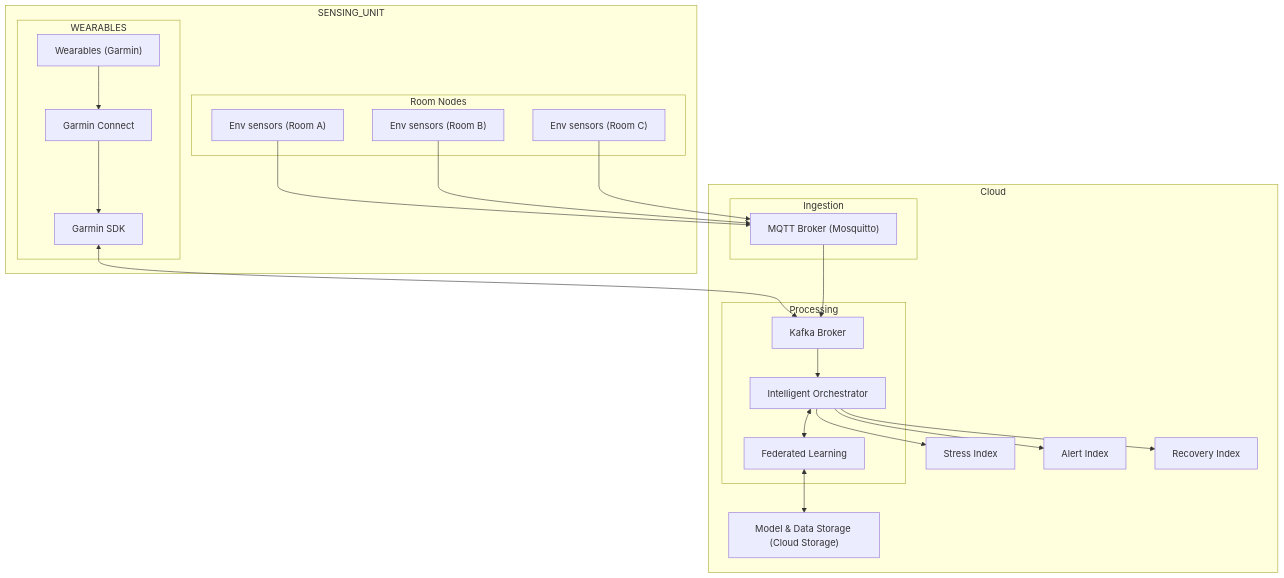
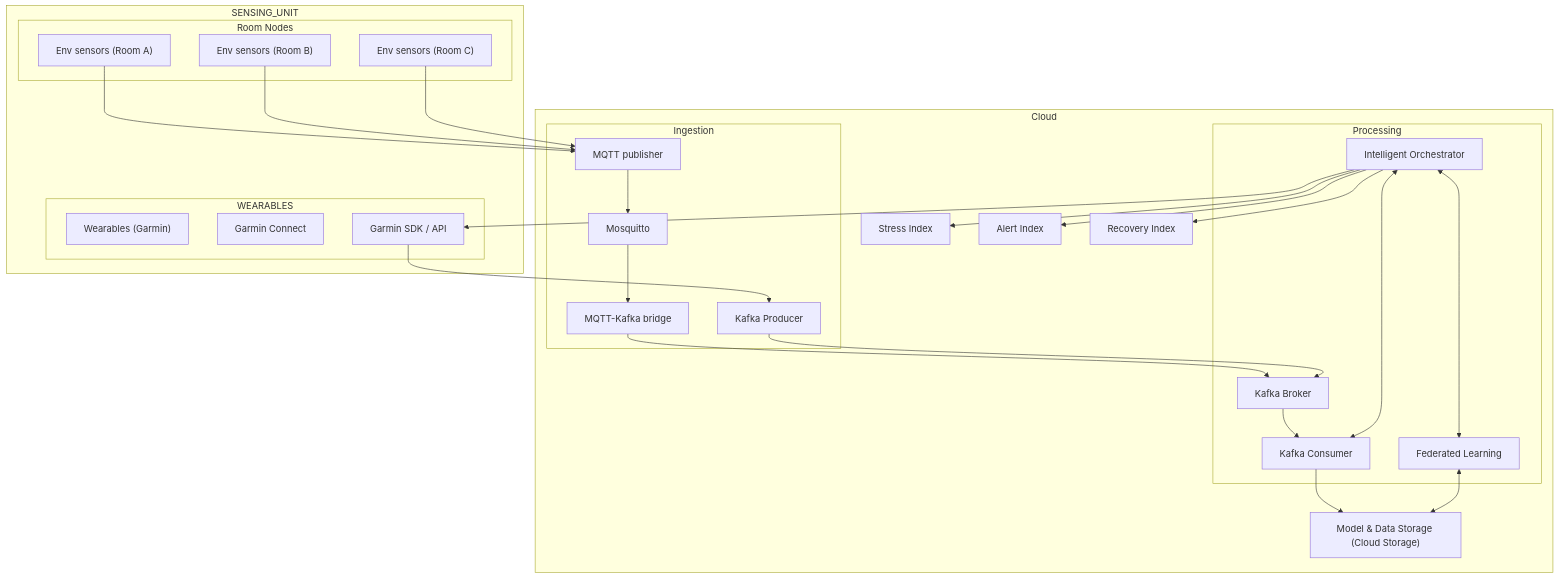
The diagram in docs/architecture.md (ClaudiaGalantino/eda-architecture), drawn with Mermaid before and after one commit.

Commit message:
Refactor architecture diagram: reorganize wearable components and clarify MQTT-Kafka bridge connections

````diff
--- a/docs/architecture.md
+++ b/docs/architecture.md
@@ -6,43 +6,61 @@
 ```mermaid
 flowchart TD
   subgraph SENSING_UNIT
+    subgraph WEARABLES
+          W["Wearables (Garmin)"]
+          APP["Garmin Connect"]
+          SDK["Garmin SDK / API"]
+      end
     subgraph ROOM_NODES [Room Nodes]
         S_A["Env sensors (Room A)"]
         S_B["Env sensors (Room B)"]
         S_C["Env sensors (Room C)"]
     end
-    subgraph WEARABLES
-        W["Wearables (Garmin)"]
-        APP["Garmin Connect"]
-        SDK["Garmin SDK"]
-    end
+    
   end
 
   subgraph CLOUD [Cloud]
     subgraph Ingestion
-        M["MQTT Broker (Mosquitto)"]
+		    M1["MQTT publisher"]
+        M["Mosquitto"]
+        M2[""MQTT-Kafka bridge]
+        PROD["Kafka Producer"]
     end
     subgraph Processing
+		    
         STREAM["Kafka Broker"]
+        CONSUMER["Kafka Consumer"]
         ORCH["Intelligent Orchestrator"]
         FL_COORD["Federated Learning"]
     end
     STORE["Model & Data Storage (Cloud Storage)"]
     IDX1["Stress Index"]
     IDX2["Alert Index"]
     IDX3["Recovery Index"]
   end
 
-    %% =====================
-    %% CONNECTIONS
-    %% =====================
-    S_A & S_B & S_C --> M
-    W --> APP --> SDK 
-  
-    SDK <--> STREAM
-    M --> STREAM
-    STREAM --> ORCH
-    ORCH --> IDX1 & IDX2 & IDX3
-    FL_COORD <--> STORE
-    ORCH <--> FL_COORD
+  %% =====================
+  %% CONNECTIONS
+  %% =====================
+  %% Room nodes push
+  S_A & S_B & S_C --> M1
+  M1-->M-->M2
+  M2 --> STREAM
+
+  %% Orchestrator invokes wearable producer
+  PROD --> STREAM
+  ORCH --> SDK
+  SDK --> PROD
+
+  %% Consumer DB
+  STREAM --> CONSUMER
+  CONSUMER --> STORE
+
+  %% Orchestrator reads raw data from the DB to compute indices
+  ORCH <--> CONSUMER
+  ORCH --> IDX1 & IDX2 & IDX3
+
+  %% Federated learning
+  FL_COORD <--> STORE 
+  ORCH <--> FL_COORD
 ```
````
